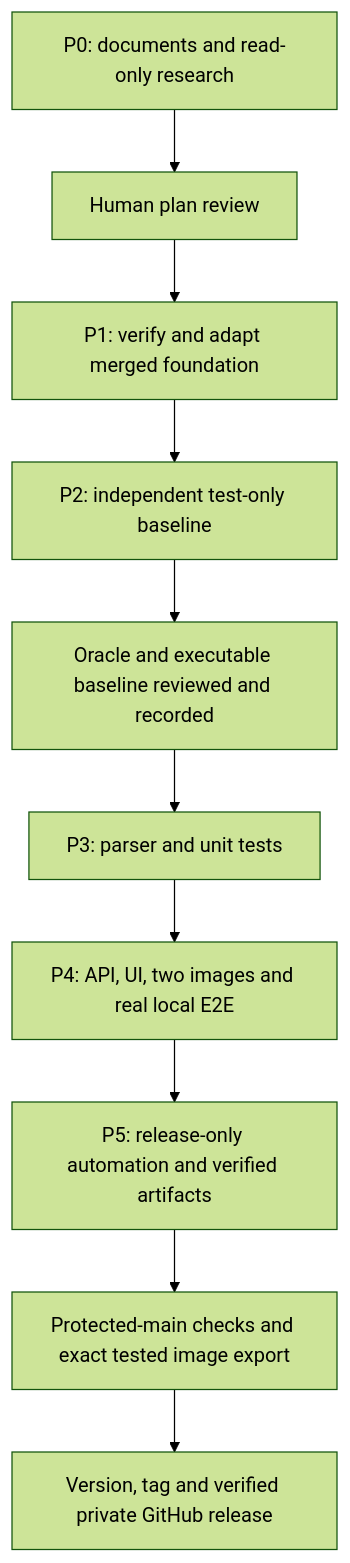
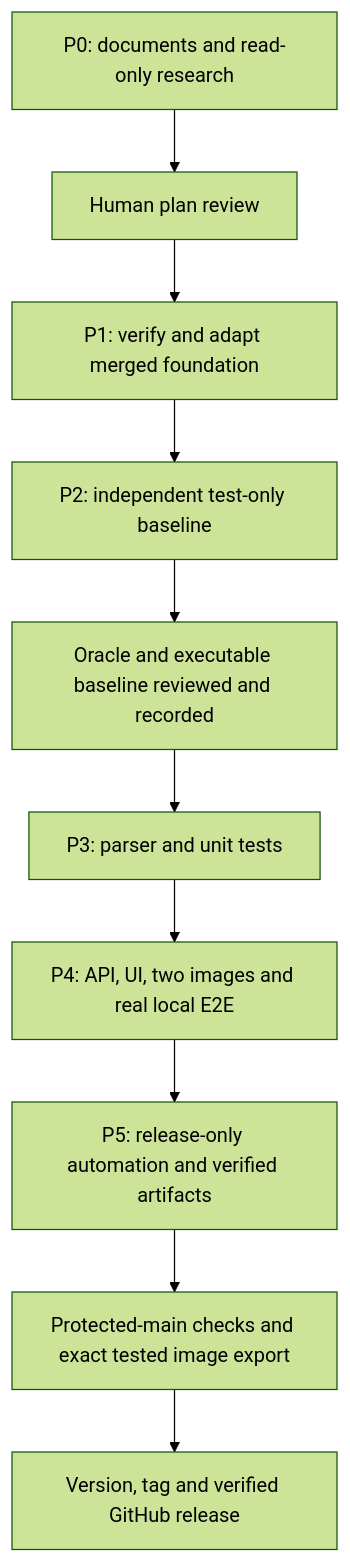
Before and after one commit to brobro10000/mp3-frame-counter: the second of 2 diagrams in docs/architecture/v1.md, drawn with Mermaid (forest theme). The commit also changed other lines of this file and 34 other files, not shown here.

````diff
--- a/docs/architecture/v1.md
+++ b/docs/architecture/v1.md
@@ -190,12 +192,12 @@
 ```mermaid
 flowchart TD
     P0["P0: documents and read-only research"] --> R0["Human plan review"]
     R0 --> P1["P1: verify and adapt merged foundation"]
     P1 --> P2["P2: independent test-only baseline"]
     P2 --> B["Oracle and executable baseline reviewed and recorded"]
     B --> P3["P3: parser and unit tests"]
     P3 --> P4["P4: API, UI, two images and real local E2E"]
     P4 --> P5["P5: release-only automation and verified artifacts"]
     P5 --> G["Protected-main checks and exact tested image export"]
-    G --> REL["Version, tag and verified private GitHub release"]
+    G --> REL["Version, tag and verified GitHub release"]
 ```
````
